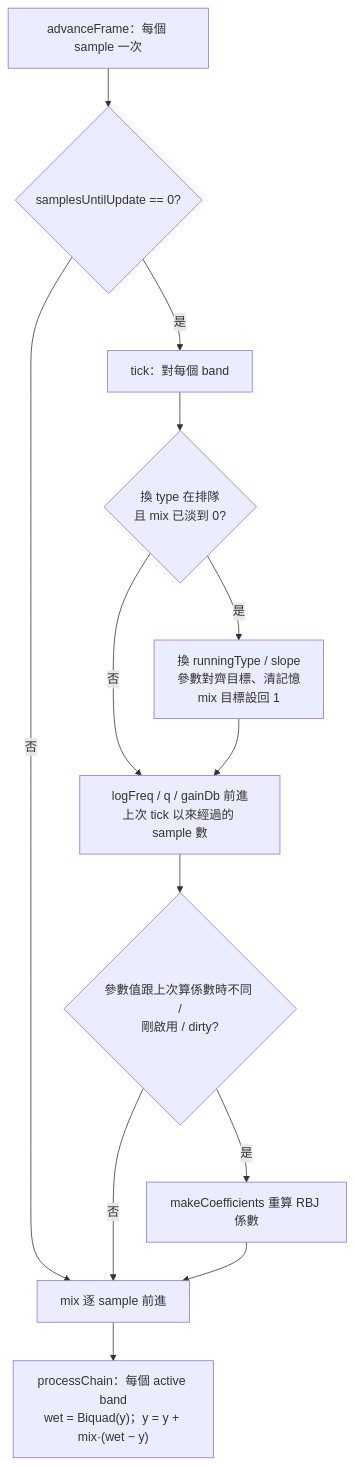
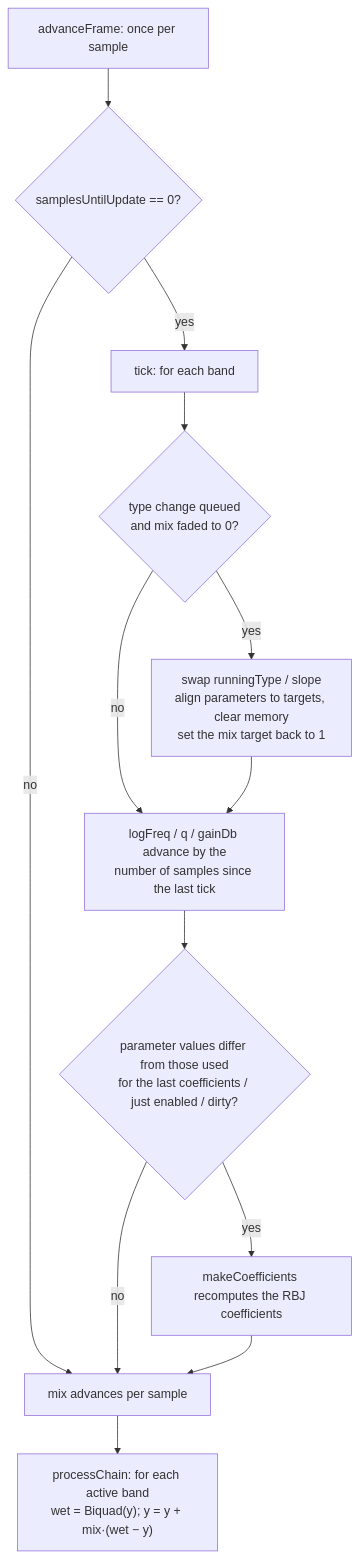
Before and after one commit to TomHsieh300/DAW-for-fun: the diagram in lessons/03-eq/README.md, drawn with Mermaid. The commit also changed other lines of this file and 22 other files, not shown here.

````diff
--- a/lessons/03-eq/README.md
+++ b/lessons/03-eq/README.md
@@ -429,15 +430,15 @@
 ```mermaid
 flowchart TD
-    A["advanceFrame：每個 sample 一次"] --> B{"samplesUntilUpdate == 0?"}
-    B -- 否 --> E
-    B -- 是 --> C["tick：對每個 band"]
-    C --> C1{"換 type 在排隊<br/>且 mix 已淡到 0?"}
-    C1 -- 是 --> C2["換 runningType / slope<br/>參數對齊目標、清記憶<br/>mix 目標設回 1"]
-    C1 -- 否 --> C3
-    C2 --> C3["logFreq / q / gainDb 前進<br/>上次 tick 以來經過的 sample 數"]
-    C3 --> C4{"參數值跟上次算係數時不同 /<br/>剛啟用 / dirty?"}
-    C4 -- 是 --> C5["makeCoefficients 重算 RBJ 係數"]
-    C4 -- 否 --> E
-    C5 --> E["mix 逐 sample 前進"]
-    E --> F["processChain：每個 active band<br/>wet = Biquad(y)；y = y + mix·(wet − y)"]
+    A["advanceFrame: once per sample"] --> B{"samplesUntilUpdate == 0?"}
+    B -- no --> E
+    B -- yes --> C["tick: for each band"]
+    C --> C1{"type change queued<br/>and mix faded to 0?"}
+    C1 -- yes --> C2["swap runningType / slope<br/>align parameters to targets, clear memory<br/>set the mix target back to 1"]
+    C1 -- no --> C3
+    C2 --> C3["logFreq / q / gainDb advance by the<br/>number of samples since the last tick"]
+    C3 --> C4{"parameter values differ from those used<br/>for the last coefficients / just enabled / dirty?"}
+    C4 -- yes --> C5["makeCoefficients recomputes the RBJ coefficients"]
+    C4 -- no --> E
+    C5 --> E["mix advances per sample"]
+    E --> F["processChain: for each active band<br/>wet = Biquad(y); y = y + mix·(wet − y)"]
 ```
````
